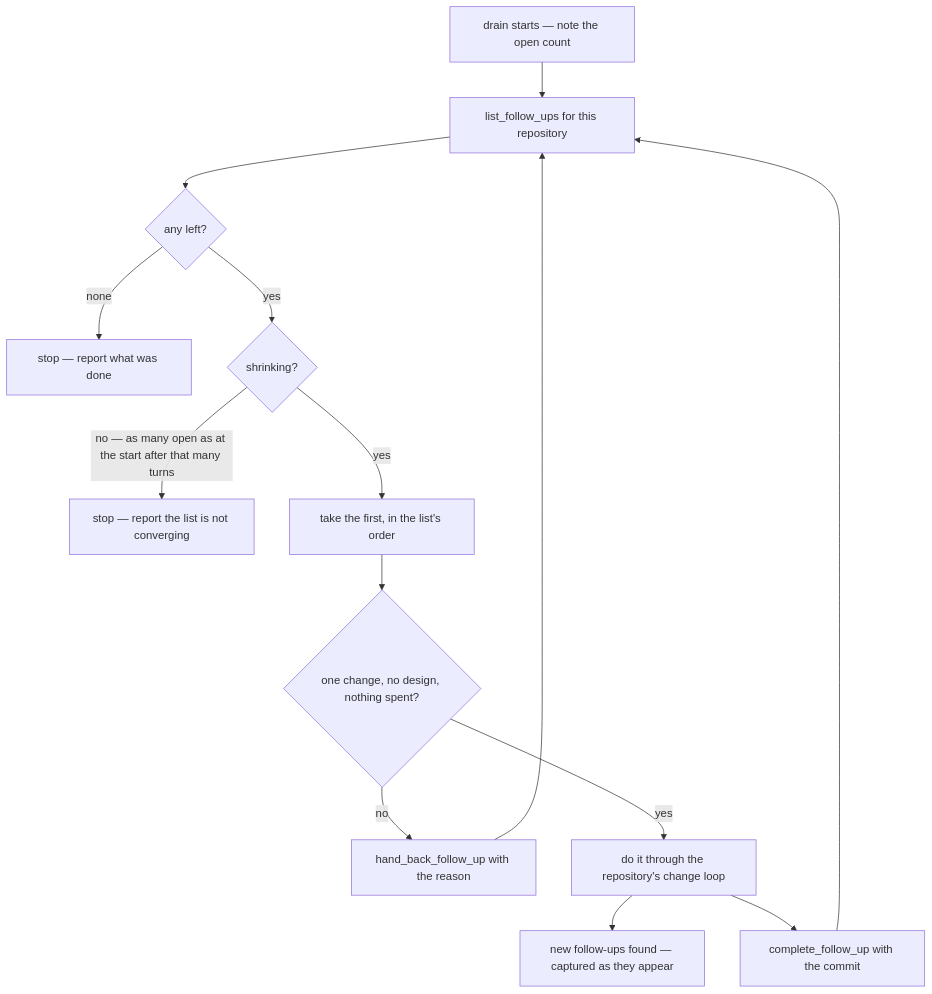
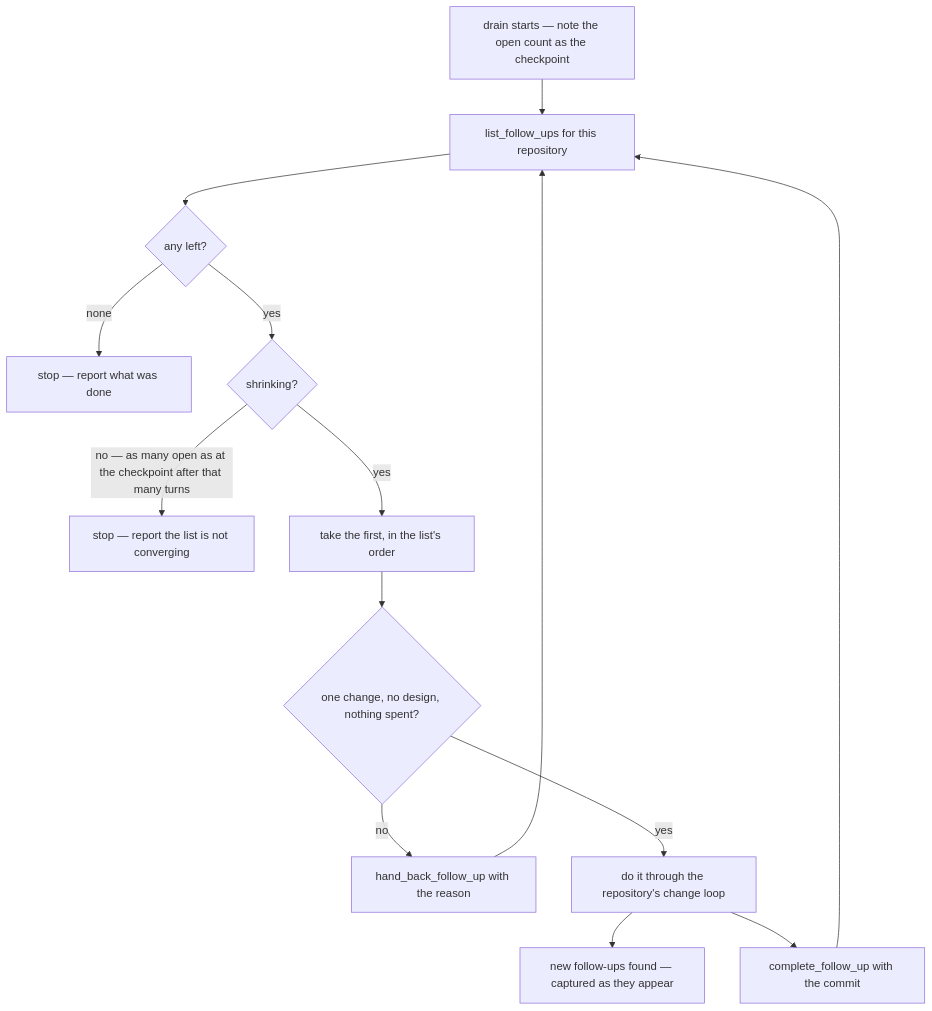
Before and after one commit to Esposter/Esposter: the diagram in apps/web/content/docs/proposals/resource/todolist-agent-follow-ups/drain.md, drawn with Mermaid. The commit also changed other lines of this file, not shown here.

Commit message:
docs(resource): repeat the drain's convergence check after every batch
Answers: 4128202655

````diff
--- a/apps/web/content/docs/proposals/resource/todolist-agent-follow-ups/drain.md
+++ b/apps/web/content/docs/proposals/resource/todolist-agent-follow-ups/drain.md
@@ -13,16 +13,16 @@
 ```mermaid
 flowchart TD
-  START["drain starts — note the open count"] --> LIST["list_follow_ups for this repository"]
+  START["drain starts — note the open count as the checkpoint"] --> LIST["list_follow_ups for this repository"]
   LIST --> EMPTY{"any left?"}
   EMPTY -->|"none"| DONE["stop — report what was done"]
   EMPTY -->|"yes"| CONV{"shrinking?"}
-  CONV -->|"no — as many open as at the start after that many turns"| STALL["stop — report the list is not converging"]
+  CONV -->|"no — as many open as at the checkpoint after that many turns"| STALL["stop — report the list is not converging"]
   CONV -->|"yes"| TAKE["take the first, in the list's order"]
   TAKE --> FITS{"one change, no design, nothing spent?"}
   FITS -->|"no"| BACK["hand_back_follow_up with the reason"]
   FITS -->|"yes"| WORK["do it through the repository's change loop"]
   WORK --> FOUND["new follow-ups found — captured as they appear"]
   WORK --> TICK["complete_follow_up with the commit"]
   BACK --> LIST
   TICK --> LIST
 ```
````
